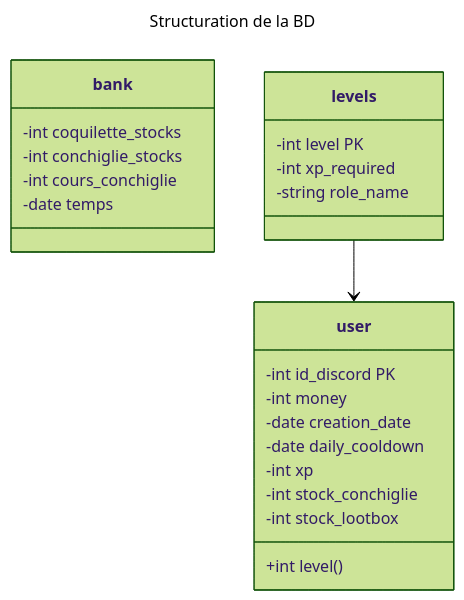
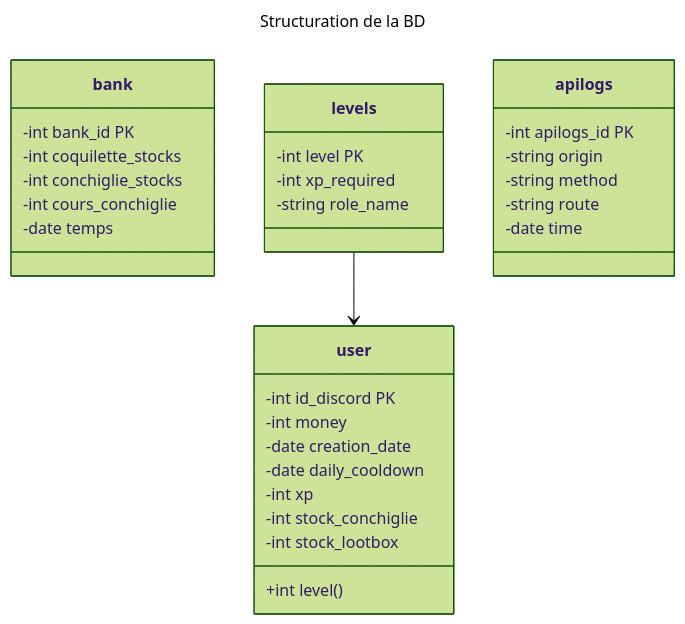
Before and after one commit to Zratex/Veronica: the diagram in back/README.md, drawn with Mermaid (forest theme). The commit also changed other lines of this file and 5 other files, not shown here.

````diff
--- a/back/README.md
+++ b/back/README.md
@@ -16,29 +16,37 @@
 ```mermaid
 ---
 title : Structuration de la BD
 ---
 classDiagram
     class user {
         -int id_discord PK
         -int money
         -date creation_date
         -date daily_cooldown
         -int xp
         +int level()
         -int stock_conchiglie
         -int stock_lootbox
     }
     class bank {
+        -int bank_id PK
         -int coquilette_stocks
         -int conchiglie_stocks
         -int cours_conchiglie
         -date temps
     }
     class levels {
         -int level PK
         -int xp_required
         -string role_name
     }
+    class apilogs {
+        -int apilogs_id PK
+        -string origin
+        -string method
+        -string route
+        -date time
+    }
 
     levels --> user
 ```
````
